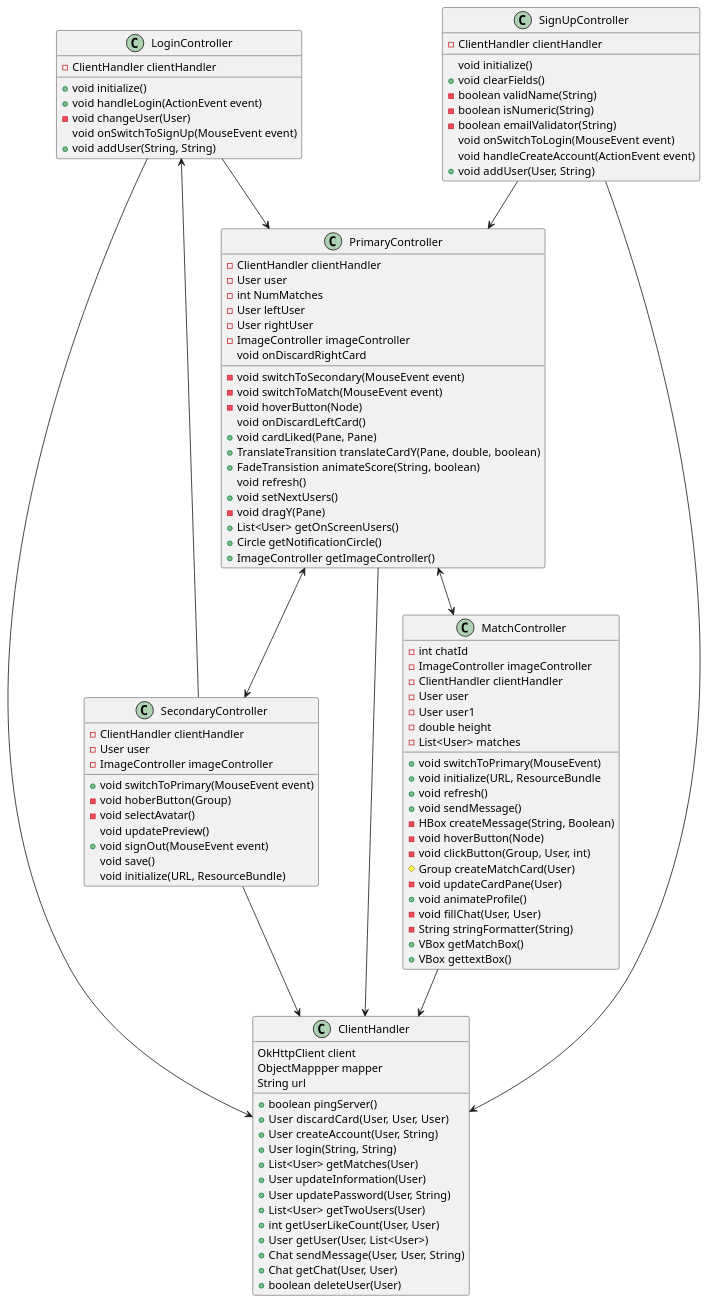
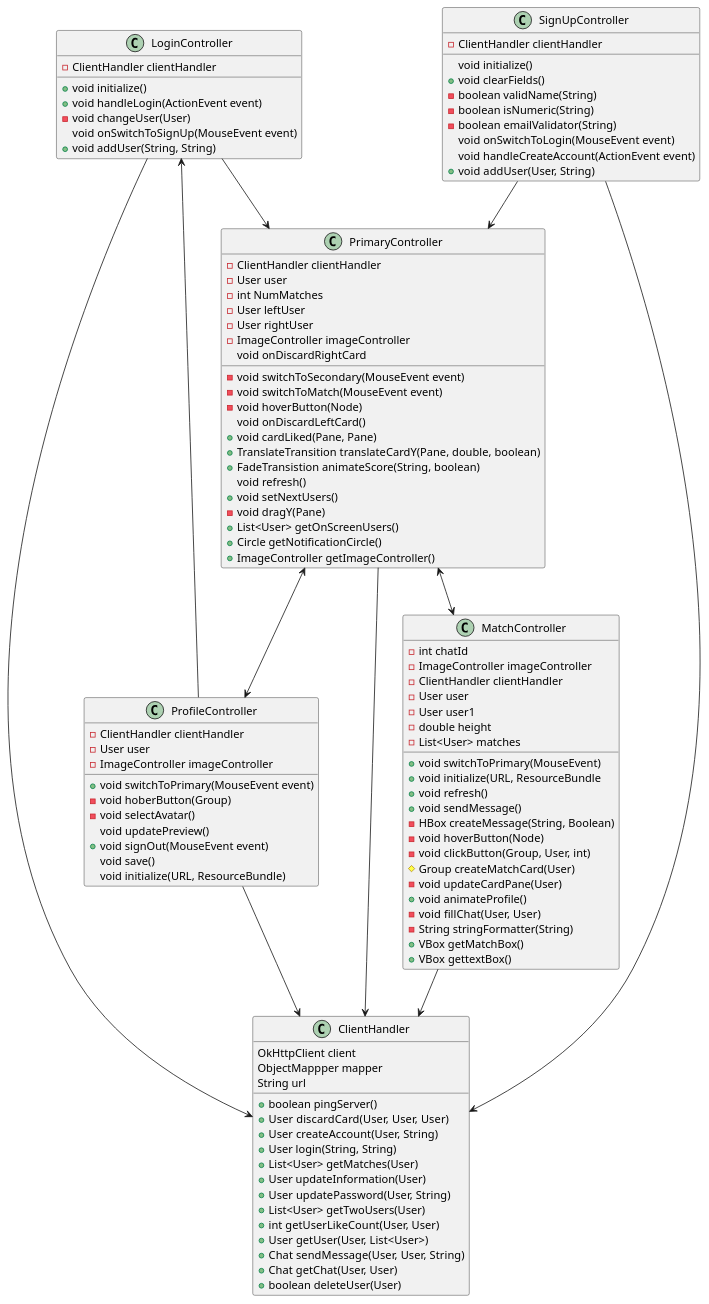
One commit to Tordsg/Xcitr changed the diagram in docs/release 3/uiDiagram.plantUML. Above: the diagram before and after it, drawn with PlantUML. The commit also changed 3 other files, not shown here.

Commit message:
made png of diagrams

```diff
--- a/docs/release 3/uiDiagram.plantUML
+++ b/docs/release 3/uiDiagram.plantUML
@@ -1,118 +1,118 @@
 @startuml uiDiagram
 
 class ClientHandler{
     OkHttpClient client
     ObjectMappper mapper
     String url
     +boolean pingServer()
     +User discardCard(User, User, User)
     +User createAccount(User, String)
     +User login(String, String)
     +List<User> getMatches(User)
     +User updateInformation(User)
     +User updatePassword(User, String)
     +List<User> getTwoUsers(User)
     +int getUserLikeCount(User, User)
     +User getUser(User, List<User>)
     +Chat sendMessage(User, User, String)
     +Chat getChat(User, User)
     +boolean deleteUser(User)
 }
 
 class LoginController{
     -ClientHandler clientHandler
     +void initialize()
     +void handleLogin(ActionEvent event)
     -void changeUser(User)
     void onSwitchToSignUp(MouseEvent event)
     +void addUser(String, String)
 
 }
 
 class SignUpController{
      -ClientHandler clientHandler
      void initialize()
      +void clearFields()
      -boolean validName(String)
      -boolean isNumeric(String)
      -boolean emailValidator(String)
      void onSwitchToLogin(MouseEvent event)
      void handleCreateAccount(ActionEvent event)
      +void addUser(User, String)
 
 
 }
 
 class PrimaryController{
     -ClientHandler clientHandler
     -User user
     -int NumMatches
     -User leftUser
     -User rightUser
     -ImageController imageController
     -void switchToSecondary(MouseEvent event)
     -void switchToMatch(MouseEvent event)
     -void hoverButton(Node)
     void onDiscardLeftCard()
     void onDiscardRightCard
     +void cardLiked(Pane, Pane)
     +TranslateTransition translateCardY(Pane, double, boolean)
     +FadeTransistion animateScore(String, boolean)
     void refresh()
     +void setNextUsers()
     -void dragY(Pane)
     +List<User> getOnScreenUsers()
     +Circle getNotificationCircle()
     +ImageController getImageController()
 }
-class SecondaryController{
+class ProfileController{
     -ClientHandler clientHandler
     -User user
     -ImageController imageController
     +void switchToPrimary(MouseEvent event)
     -void hoberButton(Group)
     -void selectAvatar()
     void updatePreview()
     +void signOut(MouseEvent event)
     void save()
     void initialize(URL, ResourceBundle)
 
 }
 class MatchController{
     -int chatId
     -ImageController imageController
     -ClientHandler clientHandler
     -User user
     -User user1
     -double height
     -List<User> matches
     +void switchToPrimary(MouseEvent)
     +void initialize(URL, ResourceBundle
     +void refresh()
     +void sendMessage()
     -HBox createMessage(String, Boolean)
     -void hoverButton(Node)
     -void clickButton(Group, User, int)
     #Group createMatchCard(User)
     -void updateCardPane(User)
     +void animateProfile()
     -void fillChat(User, User)
     -String stringFormatter(String)
     +VBox getMatchBox()
     +VBox gettextBox()
 }
 LoginController --> ClientHandler
 SignUpController --> ClientHandler
 PrimaryController --> ClientHandler
-SecondaryController --> ClientHandler
+ProfileController --> ClientHandler
 MatchController --> ClientHandler
 
 
 LoginController --> PrimaryController
 SignUpController --> PrimaryController
-PrimaryController <--> SecondaryController
+PrimaryController <--> ProfileController
 PrimaryController <--> MatchController
-SecondaryController --> LoginController
+ProfileController --> LoginController
 
 
 @enduml
```
